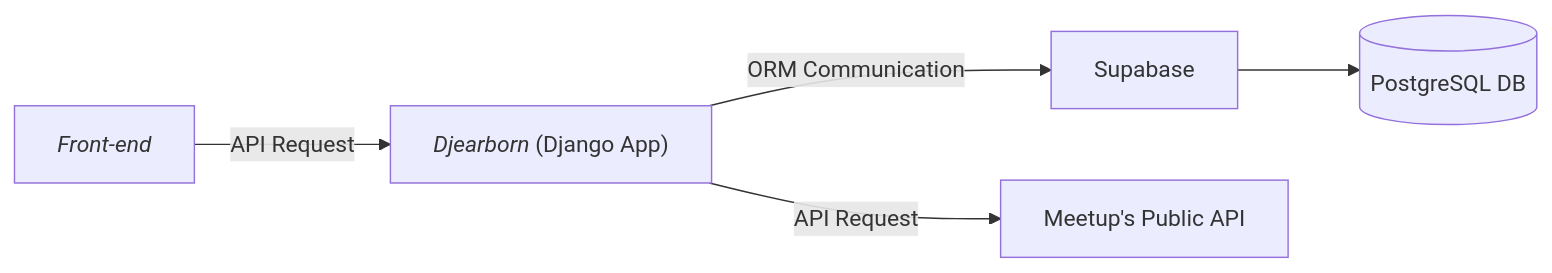
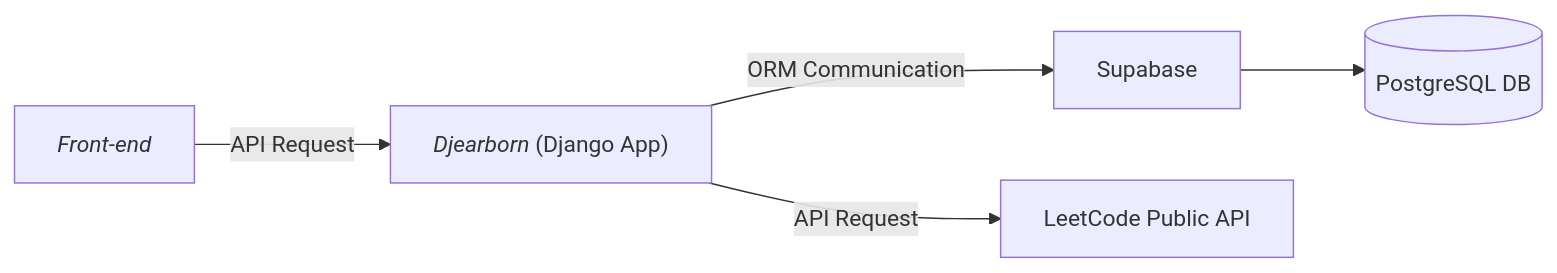
Before and after one commit to dearborn-coding-club/website-base-backend: the diagram in README.md, drawn with Mermaid. The commit also changed other lines of this file, not shown here.

````diff
--- a/README.md
+++ b/README.md
@@ -26,9 +26,9 @@
 ```mermaid
 flowchart LR
     markdown["`_Front-end_`"]
     djangoApp["`_Djearborn_ (Django App)`"]
     markdown -->|API Request| djangoApp
     djangoApp -->|ORM Communication| Supabase
-    djangoApp --> |API Request|meetup["Meetup's Public API"]
+    djangoApp --> |API Request|meetup["LeetCode Public API"]
     Supabase --> PostgreSQL[("PostgreSQL DB")]
 ```
````
